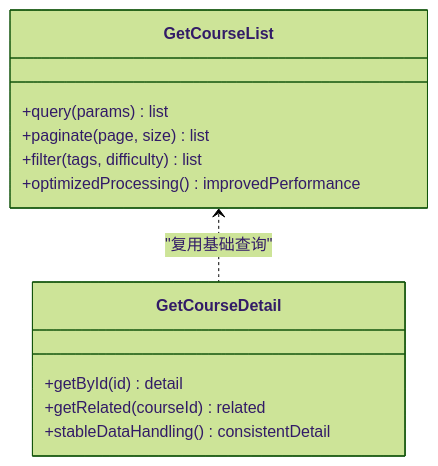
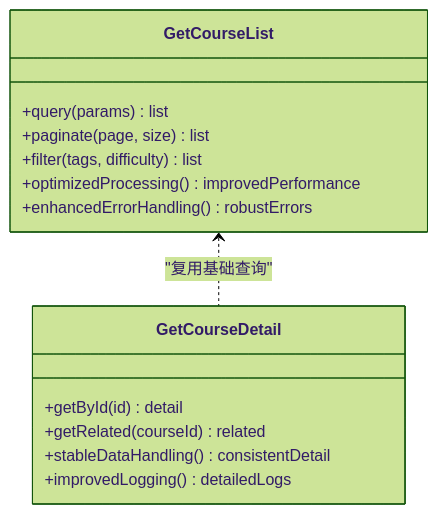
One commit to cwb7756/bio changed the fifth of 12 diagrams in .qoder/repowiki/zh/content/架构设计/后端架构设计/云函数架构设计.md. Above: the diagram before and after it, drawn with Mermaid (forest theme). The commit also changed other lines of this file and 45 other files, not shown here.

````diff
--- a/.qoder/repowiki/zh/content/架构设计/后端架构设计/云函数架构设计.md
+++ b/.qoder/repowiki/zh/content/架构设计/后端架构设计/云函数架构设计.md
@@ -264,15 +310,17 @@
 ```mermaid
 classDiagram
 class GetCourseList {
 +query(params) list
 +paginate(page, size) list
 +filter(tags, difficulty) list
 +optimizedProcessing() improvedPerformance
++enhancedErrorHandling() robustErrors
 }
 class GetCourseDetail {
 +getById(id) detail
 +getRelated(courseId) related
 +stableDataHandling() consistentDetail
++improvedLogging() detailedLogs
 }
 GetCourseList <.. GetCourseDetail : "复用基础查询"
 ```
````
